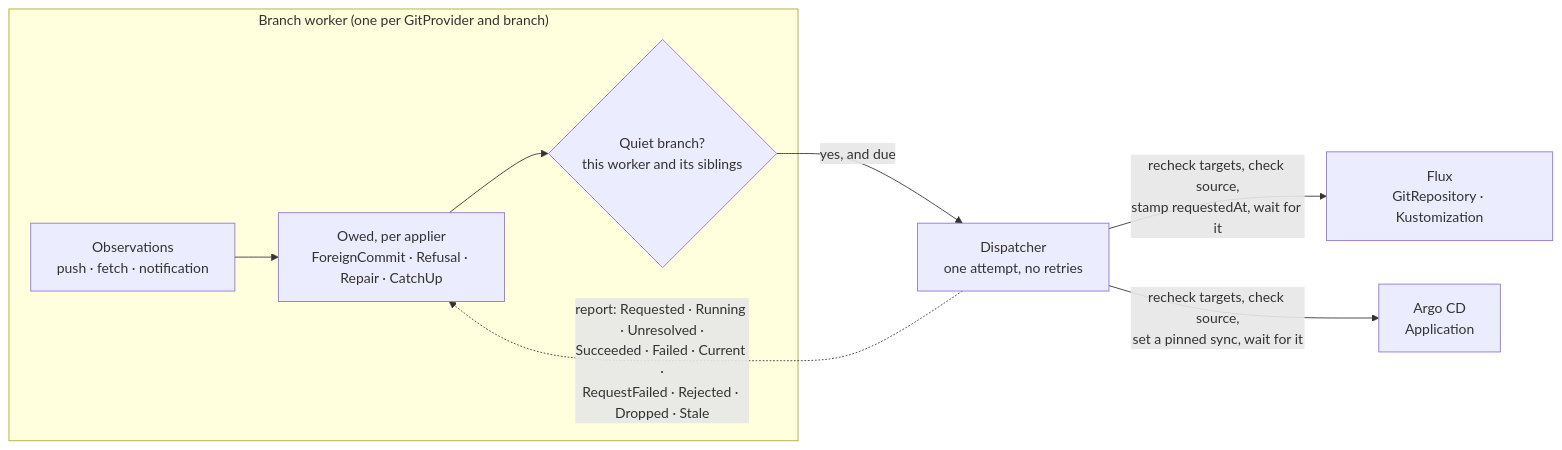
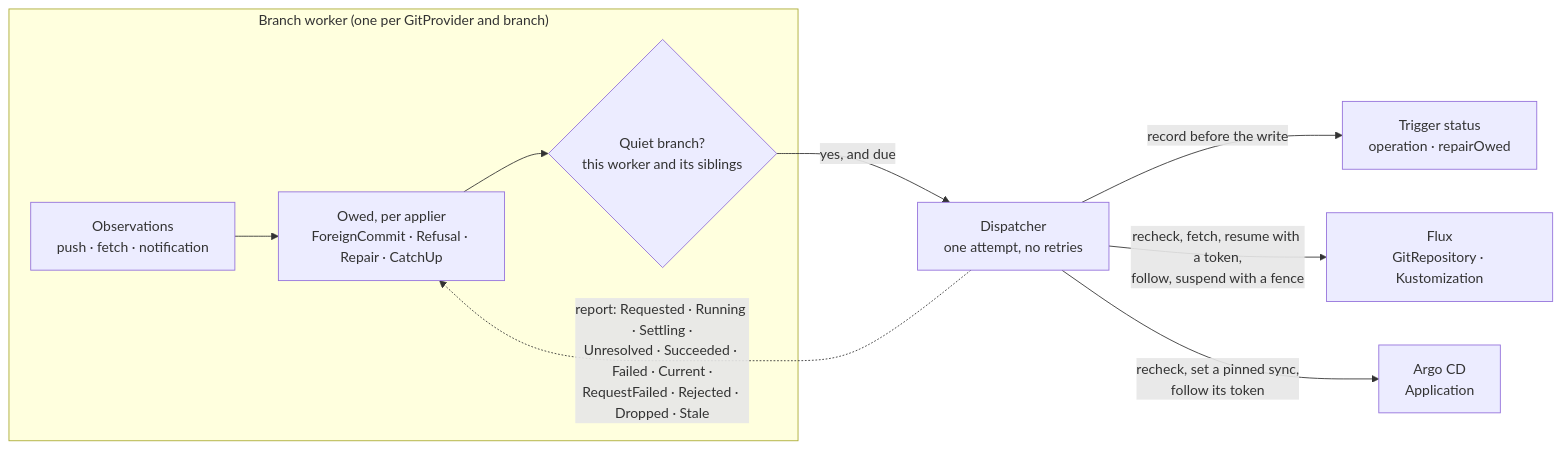
One commit to ConfigButler/gitops-reverser changed the diagram in docs/design/apply-trigger.md. Above: the diagram before and after it, drawn with Mermaid. The commit also changed other lines of this file and 23 other files, not shown here.

````diff
--- a/docs/design/apply-trigger.md
+++ b/docs/design/apply-trigger.md
@@ -98,17 +116,19 @@
 ```mermaid
 flowchart LR
     subgraph WORKER["Branch worker (one per GitProvider and branch)"]
         OBS["Observations<br/>push · fetch · notification"]
         OWE["Owed, per applier<br/>ForeignCommit · Refusal · Repair · CatchUp"]
         QUIET{"Quiet branch?<br/>this worker and its siblings"}
     end
     EXEC["Dispatcher<br/>one attempt, no retries"]
+    TRIG["Trigger status<br/>operation · repairOwed"]
     FLUX["Flux<br/>GitRepository · Kustomization"]
     ARGO["Argo CD<br/>Application"]
 
     OBS --> OWE --> QUIET
     QUIET -- "yes, and due" --> EXEC
-    EXEC -- "recheck targets, check source,<br/>stamp requestedAt, wait for it" --> FLUX
-    EXEC -- "recheck targets, check source,<br/>set a pinned sync, wait for it" --> ARGO
-    EXEC -. "report: Requested · Running · Unresolved ·<br/>Succeeded · Failed · Current ·<br/>RequestFailed · Rejected · Dropped · Stale" .-> OWE
+    EXEC -- "record before the write" --> TRIG
+    EXEC -- "recheck, fetch, resume with a token,<br/>follow, suspend with a fence" --> FLUX
+    EXEC -- "recheck, set a pinned sync,<br/>follow its token" --> ARGO
+    EXEC -. "report: Requested · Running · Settling ·<br/>Unresolved · Succeeded · Failed · Current ·<br/>RequestFailed · Rejected · Dropped · Stale" .-> OWE
 ```
````
